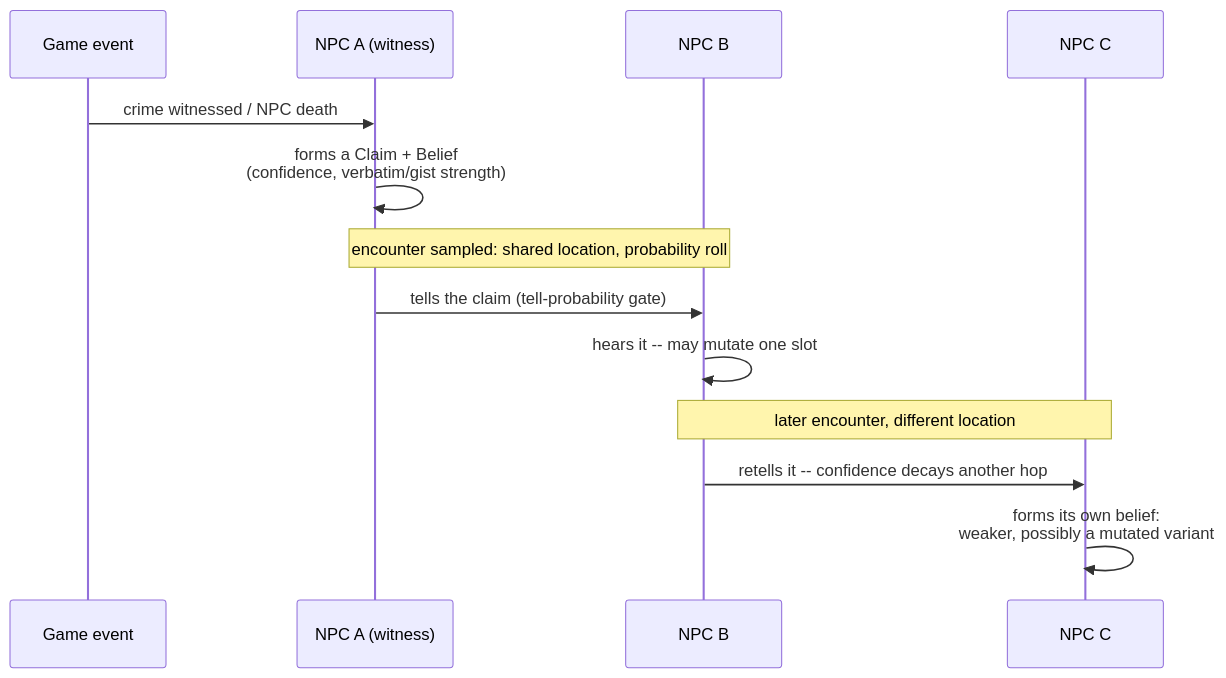
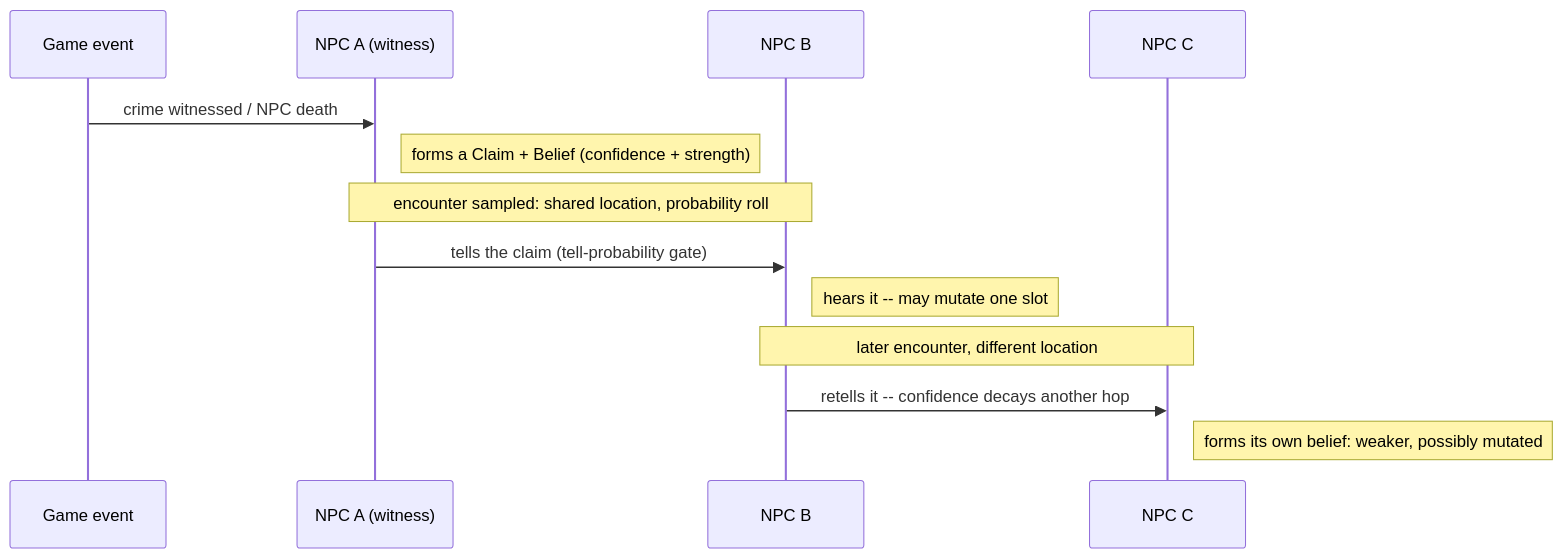
The second of 4 diagrams in README.md (ByteBard97/Chronicle), drawn with Mermaid before and after one commit. The commit also changed other lines of this file, not shown here.

First line of the commit message:
README: restructure architecture diagram, fix label clipping/contrast

````diff
--- a/README.md
+++ b/README.md
@@ -62,15 +70,15 @@
 ```mermaid
 sequenceDiagram
     participant World as Game event
     participant A as NPC A (witness)
     participant B as NPC B
     participant C as NPC C
     World->>A: crime witnessed / NPC death
-    A->>A: forms a Claim + Belief<br/>(confidence, verbatim/gist strength)
+    Note right of A: forms a Claim + Belief (confidence + strength)
     Note over A,B: encounter sampled: shared location, probability roll
     A->>B: tells the claim (tell-probability gate)
-    B->>B: hears it -- may mutate one slot
+    Note right of B: hears it -- may mutate one slot
     Note over B,C: later encounter, different location
     B->>C: retells it -- confidence decays another hop
-    C->>C: forms its own belief:<br/>weaker, possibly a mutated variant
+    Note right of C: forms its own belief: weaker, possibly mutated
 ```
````
